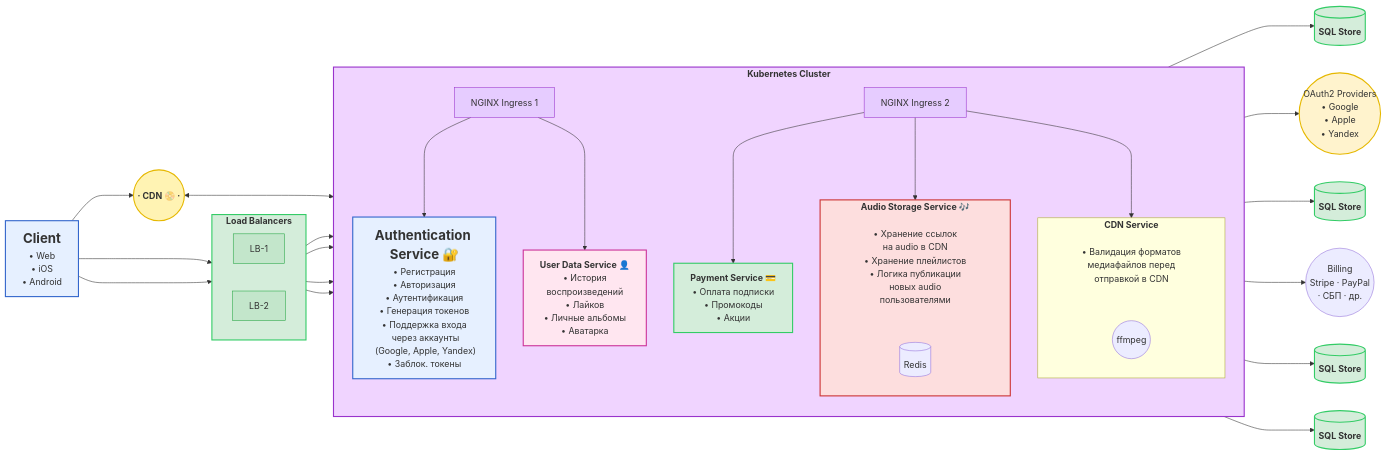
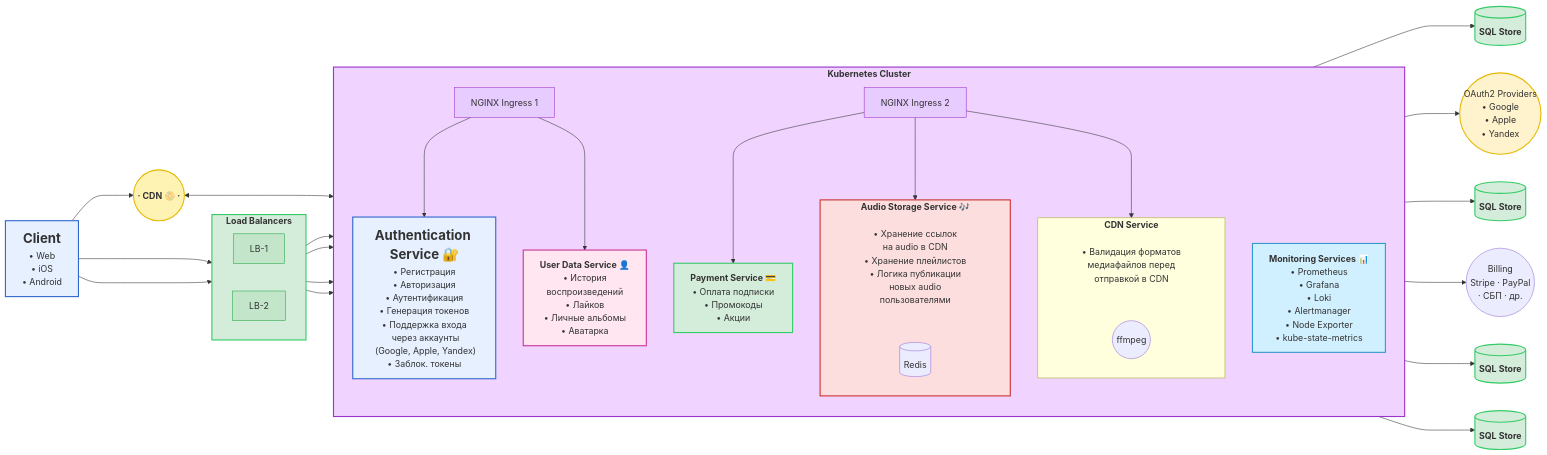
The first of 3 diagrams in architecture.md (KmnPetr/SysDesign), drawn with Mermaid before and after one commit.

````diff
--- a/architecture.md
+++ b/architecture.md
@@ -33,6 +33,8 @@
             NOTE["• Валидация форматов<br/> медиафайлов перед<br/> отправкой в CDN"]
             FFMPEG(("ffmpeg"))
         end
+
+        MONITOR["<b>Monitoring Services 📊</b><br/>• Prometheus<br/>• Grafana<br/>• Loki<br/>• Alertmanager<br/>• Node Exporter<br/>• kube-state-metrics"]
     end
 
     STORE1[("<b>SQL Store</b>")]
@@ -90,5 +92,6 @@
     style CDN fill:#fff3b3,stroke:#e6b800,stroke-width:2px
     style OAUTH fill:#fff3cd,stroke:#e6b800,stroke-width:2px
     style NOTE fill:transparent,stroke-width:0
+    style MONITOR fill:#d1f0ff,stroke:#3399cc,stroke-width:2px
     style NOTE2 fill:transparent,stroke-width:0
 ```
````
